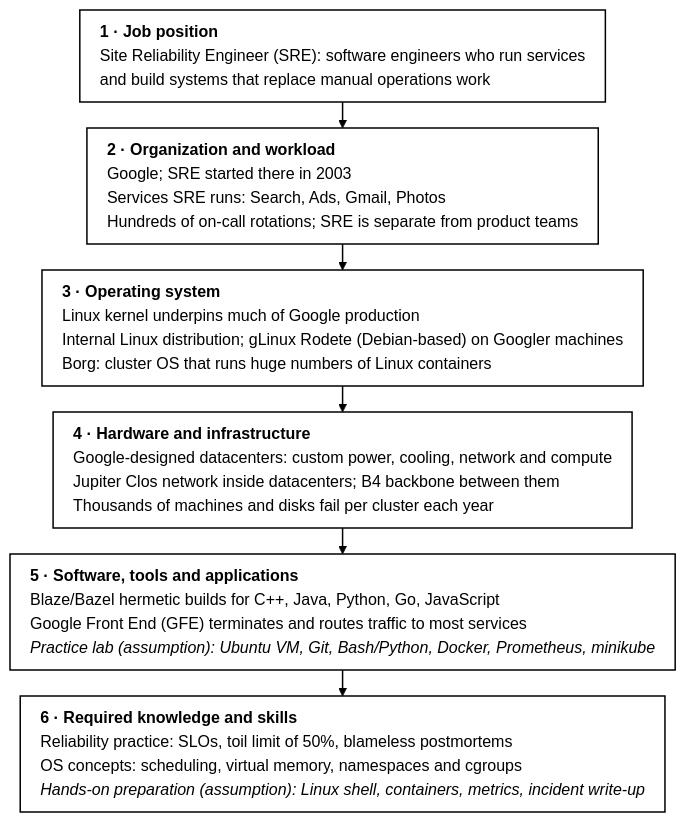
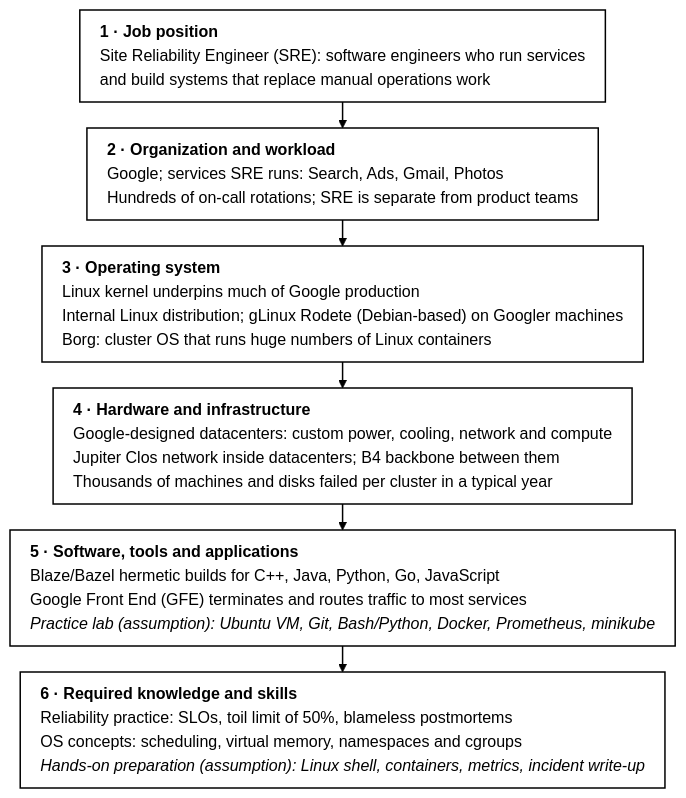
The diagram in report/figures/relationship.mmd (ilma-org/os-coop-job-research), drawn with Mermaid before and after one commit. The commit also changed 1 other file, not shown here.

Commit message:
Drop the 2003 claim from Figure 1 and use the past tense for failures

```diff
--- a/report/figures/relationship.mmd
+++ b/report/figures/relationship.mmd
@@ -1,20 +1,20 @@
 %% Source of Figure 1. Render: mmdc -i relationship.mmd -o relationship.pdf (see docs/workflow.md).
 %% Claim sources (human-verified unless marked assumption):
 %% 1 01-01 01-03 | 2 12-03 12-04 12-07 12-13 | 3 04-01 04-02 04-05 04-06 04-48
 %% 4 05-01 05-06 05-07 05-09 | 5 07-01 07-02 10-01; assumption 13-05 13-06 | 6 02-08 02-14 02-22 03-15 11-01 11-04 11-16 11-17; assumption 13-12 11-23
 %%{init: {'theme':'neutral','flowchart':{'htmlLabels':true,'nodeSpacing':20,'rankSpacing':26,'padding':10,'wrappingWidth':680}}}%%
 flowchart TB
   S1["<div style='text-align:left'><b>1 · Job position</b><br/>Site Reliability Engineer (SRE): software engineers who run services<br/>and build systems that replace manual operations work</div>"]
-  S2["<div style='text-align:left'><b>2 · Organization and workload</b><br/>Google; SRE started there in 2003<br/>Services SRE runs: Search, Ads, Gmail, Photos<br/>Hundreds of on-call rotations; SRE is separate from product teams</div>"]
+  S2["<div style='text-align:left'><b>2 · Organization and workload</b><br/>Google; services SRE runs: Search, Ads, Gmail, Photos<br/>Hundreds of on-call rotations; SRE is separate from product teams</div>"]
   S3["<div style='text-align:left'><b>3 · Operating system</b><br/>Linux kernel underpins much of Google production<br/>Internal Linux distribution; gLinux Rodete (Debian-based) on Googler machines<br/>Borg: cluster OS that runs huge numbers of Linux containers</div>"]
-  S4["<div style='text-align:left'><b>4 · Hardware and infrastructure</b><br/>Google-designed datacenters: custom power, cooling, network and compute<br/>Jupiter Clos network inside datacenters; B4 backbone between them<br/>Thousands of machines and disks fail per cluster each year</div>"]
+  S4["<div style='text-align:left'><b>4 · Hardware and infrastructure</b><br/>Google-designed datacenters: custom power, cooling, network and compute<br/>Jupiter Clos network inside datacenters; B4 backbone between them<br/>Thousands of machines and disks failed per cluster in a typical year</div>"]
   S5["<div style='text-align:left'><b>5 · Software, tools and applications</b><br/>Blaze/Bazel hermetic builds for C++, Java, Python, Go, JavaScript<br/>Google Front End (GFE) terminates and routes traffic to most services<br/><i>Practice lab (assumption): Ubuntu VM, Git, Bash/Python, Docker, Prometheus, minikube</i></div>"]
   S6["<div style='text-align:left'><b>6 · Required knowledge and skills</b><br/>Reliability practice: SLOs, toil limit of 50%, blameless postmortems<br/>OS concepts: scheduling, virtual memory, namespaces and cgroups<br/><i>Hands-on preparation (assumption): Linux shell, containers, metrics, incident write-up</i></div>"]
   S1 --> S2
   S2 --> S3
   S3 --> S4
   S4 --> S5
   S5 --> S6
   classDef stage fill:#ffffff,stroke:#000000,stroke-width:1.5px,color:#000000;
   class S1,S2,S3,S4,S5,S6 stage;
   linkStyle default stroke:#000000,stroke-width:1.5px;
```
